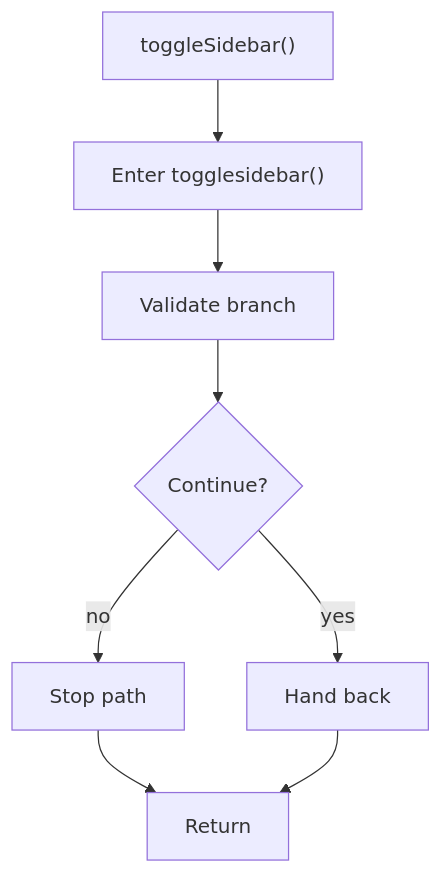
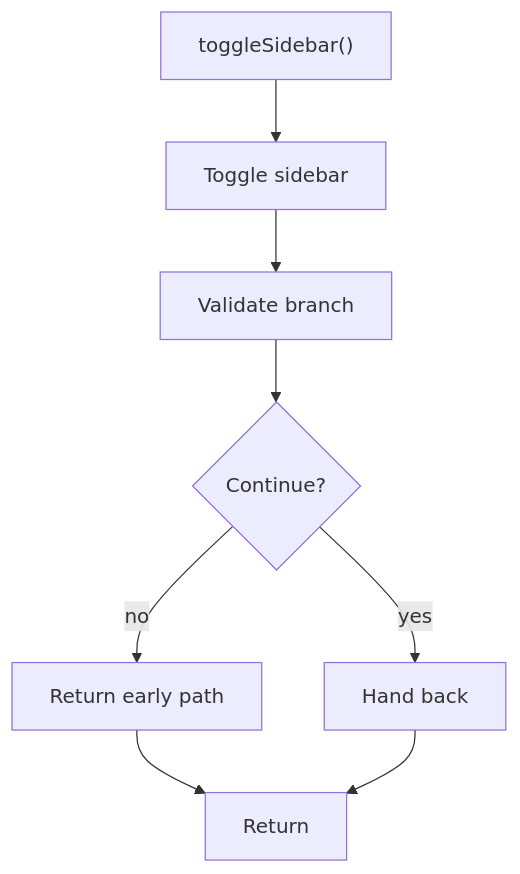
One commit to JohnAndrewBalbarosa/NeoTerritory changed the diagram in docs/Codebase/Frontend/scripts/sidebar/functions/togglesidebar.js.md. Above: the diagram before and after it, drawn with Mermaid. The commit also changed other lines of this file and 915 other files, not shown here.

````diff
--- a/docs/Codebase/Frontend/scripts/sidebar/functions/togglesidebar.js.md
+++ b/docs/Codebase/Frontend/scripts/sidebar/functions/togglesidebar.js.md
@@ -17,17 +17,17 @@
 ```mermaid
 flowchart TD
     Start["toggleSidebar()"]
-    N0["Enter togglesidebar()"]
+    N0["Toggle sidebar"]
     N1["Validate branch"]
     D1{"Continue?"}
-    R1["Stop path"]
+    R1["Return early path"]
     N2["Hand back"]
     End["Return"]
     Start --> N0
     N0 --> N1
     N1 --> D1
     D1 -->|yes| N2
     D1 -->|no| R1
     R1 --> End
     N2 --> End
 ```
````
